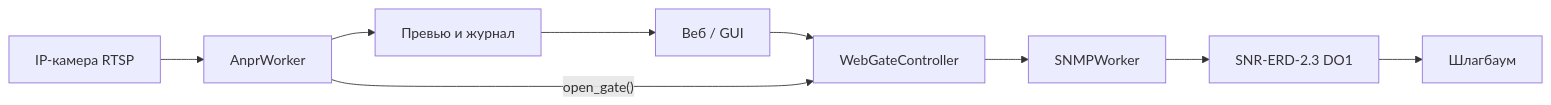
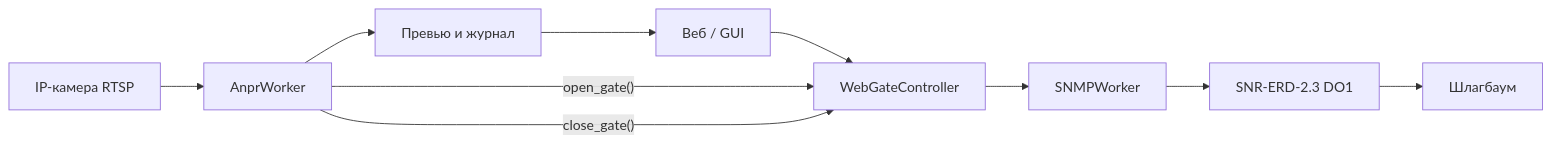
Before and after one commit to Kirovskiy22/GateControl: the first of 3 diagrams in ARCHITECTURE.md, drawn with Mermaid. The commit also changed other lines of this file and 15 other files, not shown here.

First line of the commit message:
Add full ANPR pipeline with whitelist, motion gating, and auto-close.

````diff
--- a/ARCHITECTURE.md
+++ b/ARCHITECTURE.md
@@ -7,11 +7,12 @@
 ```mermaid
 flowchart LR
   cam[IP-камера RTSP] --> anpr[AnprWorker]
   ui[Веб / GUI] --> ctrl[WebGateController]
   anpr -->|"open_gate()"| ctrl
+  anpr -->|"close_gate()"| ctrl
   ctrl --> snmp[SNMPWorker]
   snmp --> erd[SNR-ERD-2.3 DO1]
   erd --> barrier[Шлагбаум]
   anpr --> preview[Превью и журнал]
   preview --> ui
 ```
````
